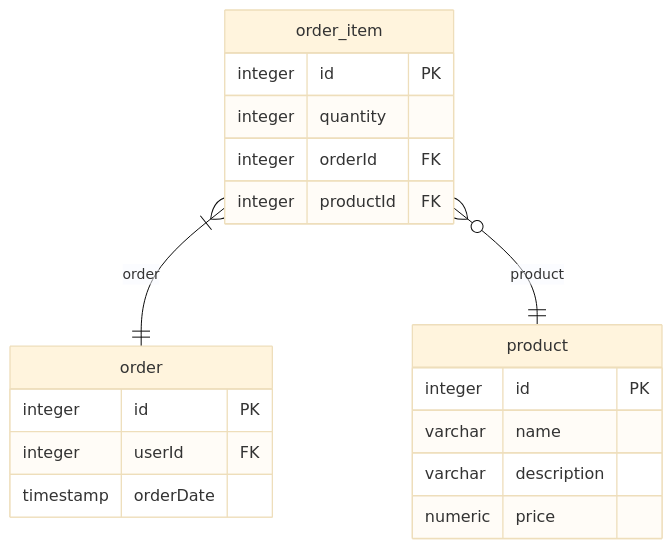
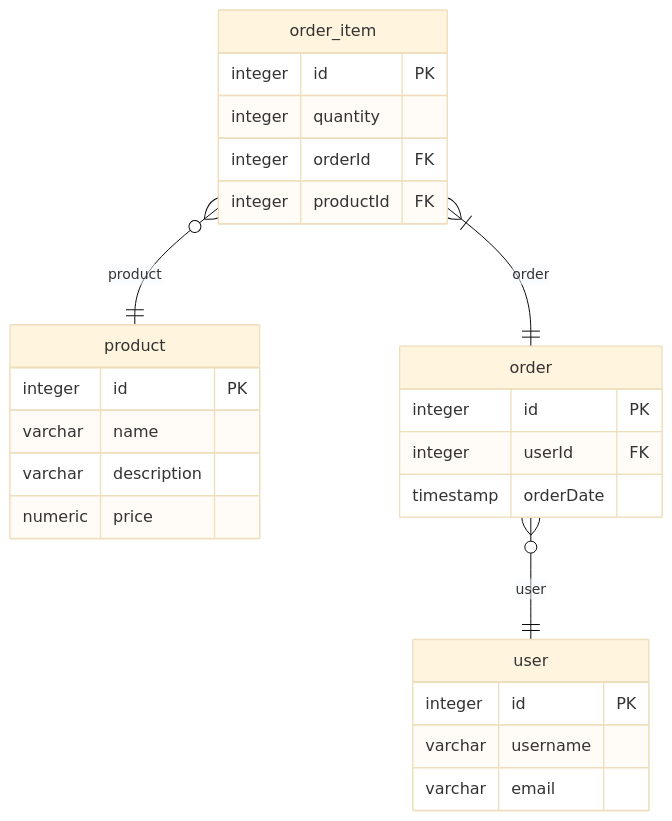
One commit to hermin9804/typeorm-markdown-generator changed the second of 3 diagrams in test/test-nestjs-app/docs/postgres-erd.md. Above: the diagram before and after it, drawn with Mermaid (base theme). The commit also changed other lines of this file and 8 other files, not shown here.

````diff
--- a/test/test-nestjs-app/docs/postgres-erd.md
+++ b/test/test-nestjs-app/docs/postgres-erd.md
@@ -134,22 +61,28 @@
 ```mermaid
 erDiagram
   product {
     integer id PK
     varchar name
     varchar description
     numeric price
   }
   order_item {
     integer id PK
     integer quantity
     integer orderId FK
     integer productId FK
   }
   order {
     integer id PK
     integer userId FK
     timestamp orderDate
   }
+  user {
+    integer id PK
+    varchar username
+    varchar email
+  }
   order_item }|--|| order: order
   order_item }o--|| product: product
+  order }o--|| user: user
 ```
````
